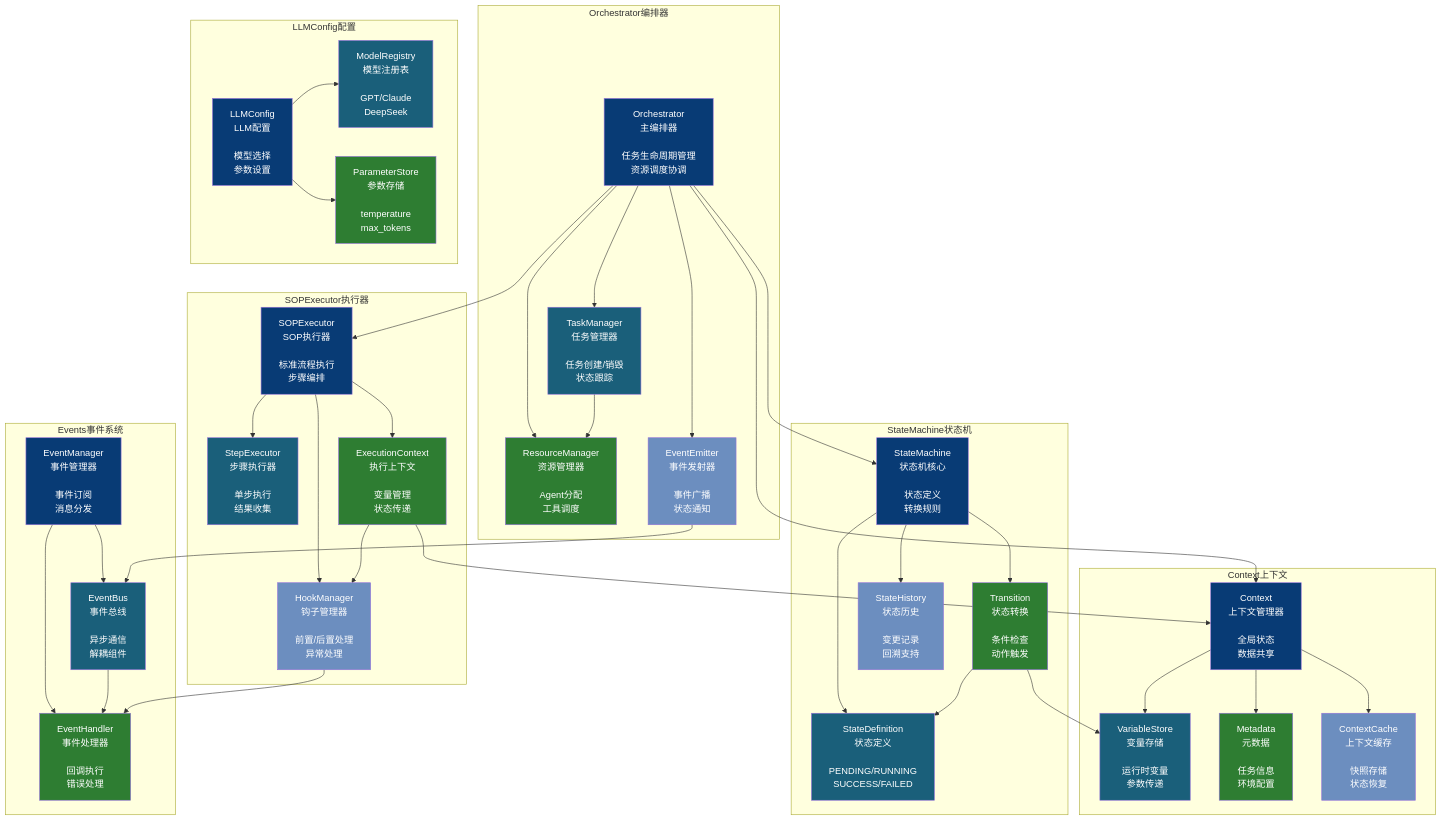
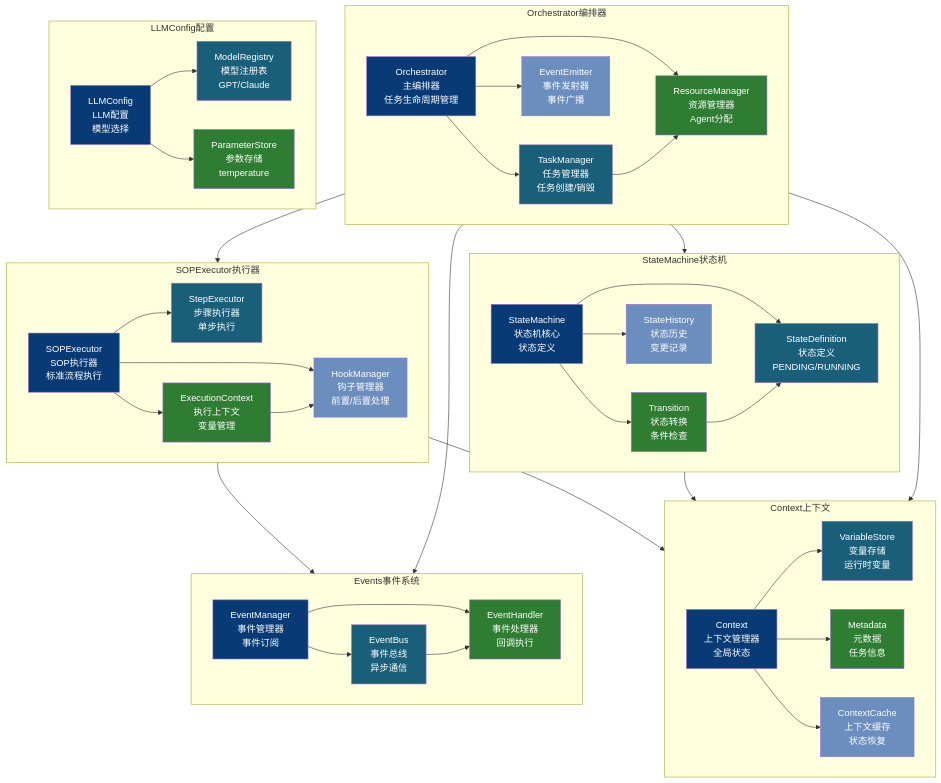
The first of 2 diagrams in OpsPilot/docs/architecture/module-core.md (Aiting-for-you/OpsPilot), drawn with Mermaid before and after one commit. The commit also changed 6 other files, not shown here.

Commit message:
style: 优化架构图布局，整体呈类矩形结构

````diff
--- a/OpsPilot/docs/architecture/module-core.md
+++ b/OpsPilot/docs/architecture/module-core.md
@@ -5,78 +5,83 @@
 ```mermaid
 graph TB
-    subgraph Orchestrator编排器
-        ORCH[Orchestrator<br/>主编排器<br/><br/>任务生命周期管理<br/>资源调度协调]
-        ORCH_TASK[TaskManager<br/>任务管理器<br/><br/>任务创建/销毁<br/>状态跟踪]
-        ORCH_RES[ResourceManager<br/>资源管理器<br/><br/>Agent分配<br/>工具调度]
-        ORCH_EVENT[EventEmitter<br/>事件发射器<br/><br/>事件广播<br/>状态通知]
+    %% ==================== 第一行：主控制器 ====================
+    subgraph L1[Orchestrator编排器]
+        direction LR
+        ORCH[Orchestrator<br/>主编排器<br/>任务生命周期管理]
+        ORCH_TASK[TaskManager<br/>任务管理器<br/>任务创建/销毁]
+        ORCH_RES[ResourceManager<br/>资源管理器<br/>Agent分配]
+        ORCH_EVENT[EventEmitter<br/>事件发射器<br/>事件广播]
     end
 
-    subgraph StateMachine状态机
-        SM[StateMachine<br/>状态机核心<br/><br/>状态定义<br/>转换规则]
-        SM_DEF[StateDefinition<br/>状态定义<br/><br/>PENDING/RUNNING<br/>SUCCESS/FAILED]
-        SM_TRANS[Transition<br/>状态转换<br/><br/>条件检查<br/>动作触发]
-        SM_HIST[StateHistory<br/>状态历史<br/><br/>变更记录<br/>回溯支持]
+    %% ==================== 第二行：状态机 ====================
+    subgraph L2[StateMachine状态机]
+        direction LR
+        SM[StateMachine<br/>状态机核心<br/>状态定义]
+        SM_DEF[StateDefinition<br/>状态定义<br/>PENDING/RUNNING]
+        SM_TRANS[Transition<br/>状态转换<br/>条件检查]
+        SM_HIST[StateHistory<br/>状态历史<br/>变更记录]
     end
 
-    subgraph SOPExecutor执行器
-        SOP[SOPExecutor<br/>SOP执行器<br/><br/>标准流程执行<br/>步骤编排]
-        SOP_STEP[StepExecutor<br/>步骤执行器<br/><br/>单步执行<br/>结果收集]
-        SOP_CTX[ExecutionContext<br/>执行上下文<br/><br/>变量管理<br/>状态传递]
-        SOP_HOOK[HookManager<br/>钩子管理器<br/><br/>前置/后置处理<br/>异常处理]
+    %% ==================== 第三行：执行器 ====================
+    subgraph L3[SOPExecutor执行器]
+        direction LR
+        SOP[SOPExecutor<br/>SOP执行器<br/>标准流程执行]
+        SOP_STEP[StepExecutor<br/>步骤执行器<br/>单步执行]
+        SOP_CTX[ExecutionContext<br/>执行上下文<br/>变量管理]
+        SOP_HOOK[HookManager<br/>钩子管理器<br/>前置/后置处理]
     end
 
-    subgraph Context上下文
-        CTX[Context<br/>上下文管理器<br/><br/>全局状态<br/>数据共享]
-        CTX_VAR[VariableStore<br/>变量存储<br/><br/>运行时变量<br/>参数传递]
-        CTX_META[Metadata<br/>元数据<br/><br/>任务信息<br/>环境配置]
-        CTX_CACHE[ContextCache<br/>上下文缓存<br/><br/>快照存储<br/>状态恢复]
+    %% ==================== 第四行：上下文 ====================
+    subgraph L4[Context上下文]
+        direction LR
+        CTX[Context<br/>上下文管理器<br/>全局状态]
+        CTX_VAR[VariableStore<br/>变量存储<br/>运行时变量]
+        CTX_META[Metadata<br/>元数据<br/>任务信息]
+        CTX_CACHE[ContextCache<br/>上下文缓存<br/>状态恢复]
     end
 
-    subgraph Events事件系统
-        EVT[EventManager<br/>事件管理器<br/><br/>事件订阅<br/>消息分发]
-        EVT_BUS[EventBus<br/>事件总线<br/><br/>异步通信<br/>解耦组件]
-        EVT_HANDLER[EventHandler<br/>事件处理器<br/><br/>回调执行<br/>错误处理]
+    %% ==================== 第五行：事件与配置 ====================
+    subgraph L5A[Events事件系统]
+        direction LR
+        EVT[EventManager<br/>事件管理器<br/>事件订阅]
+        EVT_BUS[EventBus<br/>事件总线<br/>异步通信]
+        EVT_HANDLER[EventHandler<br/>事件处理器<br/>回调执行]
     end
 
-    subgraph LLMConfig配置
-        LLM_CFG[LLMConfig<br/>LLM配置<br/><br/>模型选择<br/>参数设置]
-        LLM_MODEL[ModelRegistry<br/>模型注册表<br/><br/>GPT/Claude<br/>DeepSeek]
-        LLM_PARAMS[ParameterStore<br/>参数存储<br/><br/>temperature<br/>max_tokens]
+    subgraph L5B[LLMConfig配置]
+        direction LR
+        LLM_CFG[LLMConfig<br/>LLM配置<br/>模型选择]
+        LLM_MODEL[ModelRegistry<br/>模型注册表<br/>GPT/Claude]
+        LLM_PARAMS[ParameterStore<br/>参数存储<br/>temperature]
     end
 
-    %% Orchestrator内部连接
+    %% ==================== 层间连接 ====================
     ORCH --> ORCH_TASK
     ORCH --> ORCH_RES
     ORCH --> ORCH_EVENT
     ORCH_TASK --> ORCH_RES
 
-    %% StateMachine内部连接
     SM --> SM_DEF
     SM --> SM_TRANS
     SM --> SM_HIST
     SM_TRANS --> SM_DEF
 
-    %% SOPExecutor内部连接
     SOP --> SOP_STEP
     SOP --> SOP_CTX
     SOP --> SOP_HOOK
     SOP_CTX --> SOP_HOOK
 
-    %% Context内部连接
     CTX --> CTX_VAR
     CTX --> CTX_META
     CTX --> CTX_CACHE
 
-    %% Events内部连接
     EVT --> EVT_BUS
     EVT --> EVT_HANDLER
     EVT_BUS --> EVT_HANDLER
 
-    %% LLMConfig内部连接
     LLM_CFG --> LLM_MODEL
     LLM_CFG --> LLM_PARAMS
 
-    %% 模块间连接
     ORCH --> SM
     ORCH --> SOP
     ORCH --> CTX
@@ -85,7 +90,7 @@
     SOP_CTX --> CTX
     SOP_HOOK --> EVT_HANDLER
 
-    %% 样式
+    %% ==================== 样式 ====================
     classDef primary fill:#083B75,color:#fff
     classDef secondary fill:#1a5f7a,color:#fff
     classDef tertiary fill:#2e7d32,color:#fff
````
